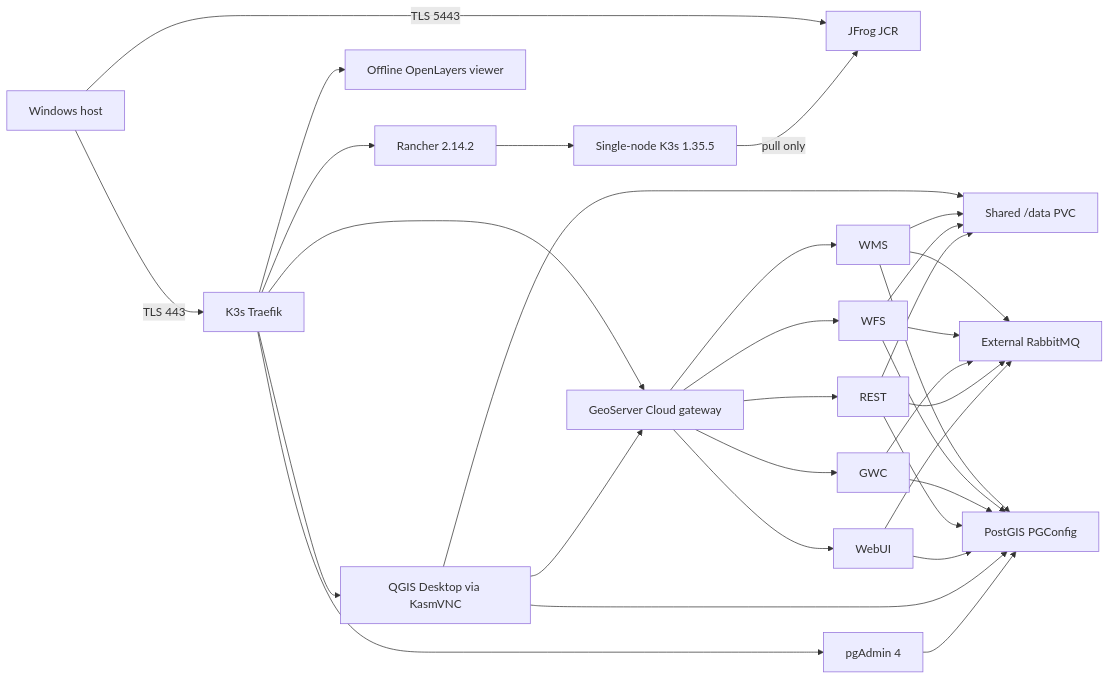
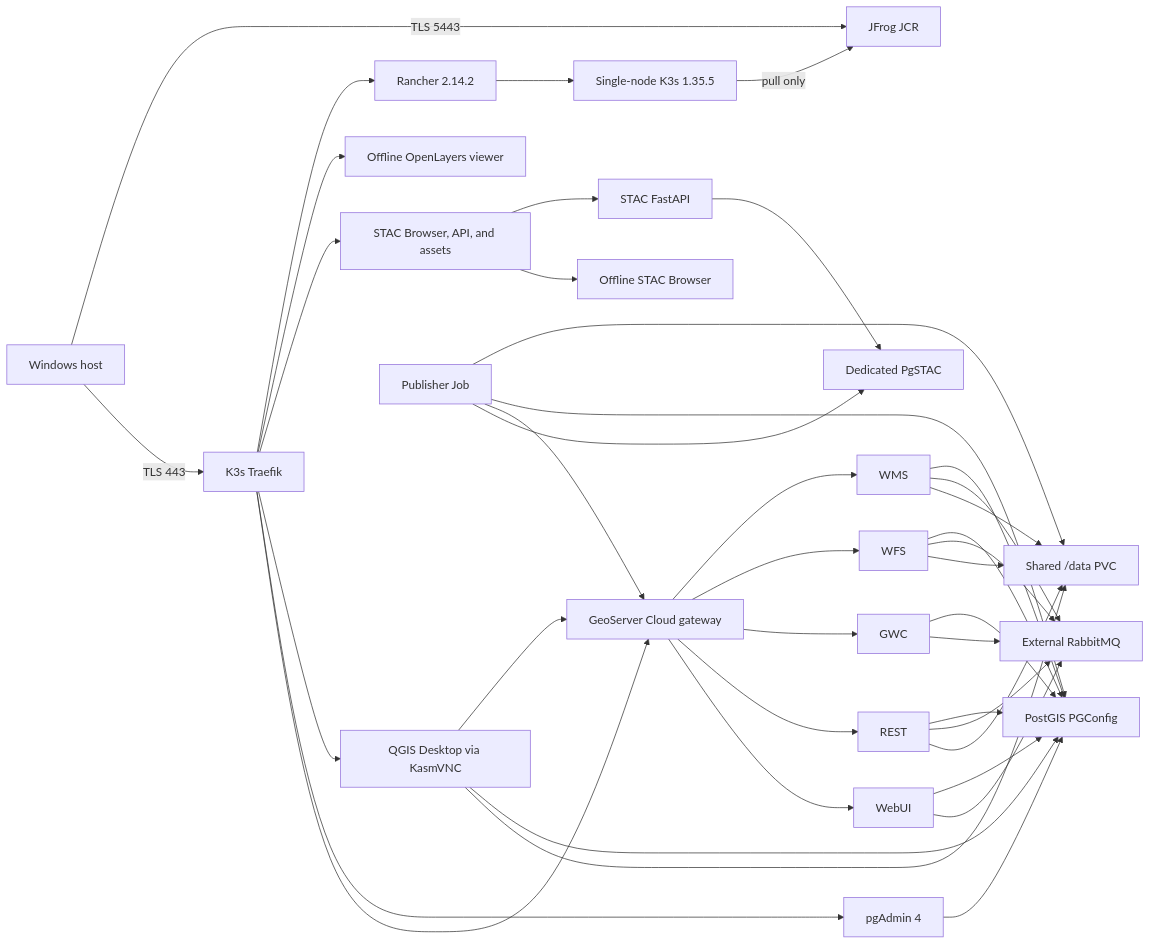
The diagram in docs/architecture.md (AShapira/geoserver-cloud-rancher), drawn with Mermaid before and after one commit. The commit also changed other lines of this file and 43 other files, not shown here.

Commit message:
Add end-to-end STAC publishing and browser

````diff
--- a/docs/architecture.md
+++ b/docs/architecture.md
@@ -12,34 +12,42 @@
 ```mermaid
 flowchart LR
   Host["Windows host"] -->|TLS 5443| JCR["JFrog JCR"]
   Host -->|TLS 443| Ingress["K3s Traefik"]
   Rancher["Rancher 2.14.2"] --> K8s["Single-node K3s 1.35.5"]
   Ingress --> Rancher
   Ingress --> Viewer["Offline OpenLayers viewer"]
+  Ingress --> StacGateway["STAC Browser, API, and assets"]
   Ingress --> QGIS["QGIS Desktop via KasmVNC"]
   Ingress --> PgAdmin["pgAdmin 4"]
   Ingress --> Gateway["GeoServer Cloud gateway"]
   Gateway --> WMS
   Gateway --> WFS
   Gateway --> GWC
   Gateway --> REST
   Gateway --> WebUI
+  StacGateway --> StacApi["STAC FastAPI"]
+  StacGateway --> StacBrowser["Offline STAC Browser"]
+  StacApi --> PgSTAC["Dedicated PgSTAC"]
   WMS --> PG["PostGIS PGConfig"]
   WFS --> PG
   GWC --> PG
   REST --> PG
   WebUI --> PG
   WMS --> RMQ["External RabbitMQ"]
   WFS --> RMQ
   GWC --> RMQ
   REST --> RMQ
   WebUI --> RMQ
   QGIS --> Gateway
   QGIS --> PG
   PgAdmin --> PG
   QGIS --> Data["Shared /data PVC"]
   WMS --> Data
   WFS --> Data
   REST --> Data
+  Publisher["Publisher Job"] --> Data
+  Publisher --> PG
+  Publisher --> Gateway
+  Publisher --> PgSTAC
   K8s -->|pull only| JCR
 ```
````
